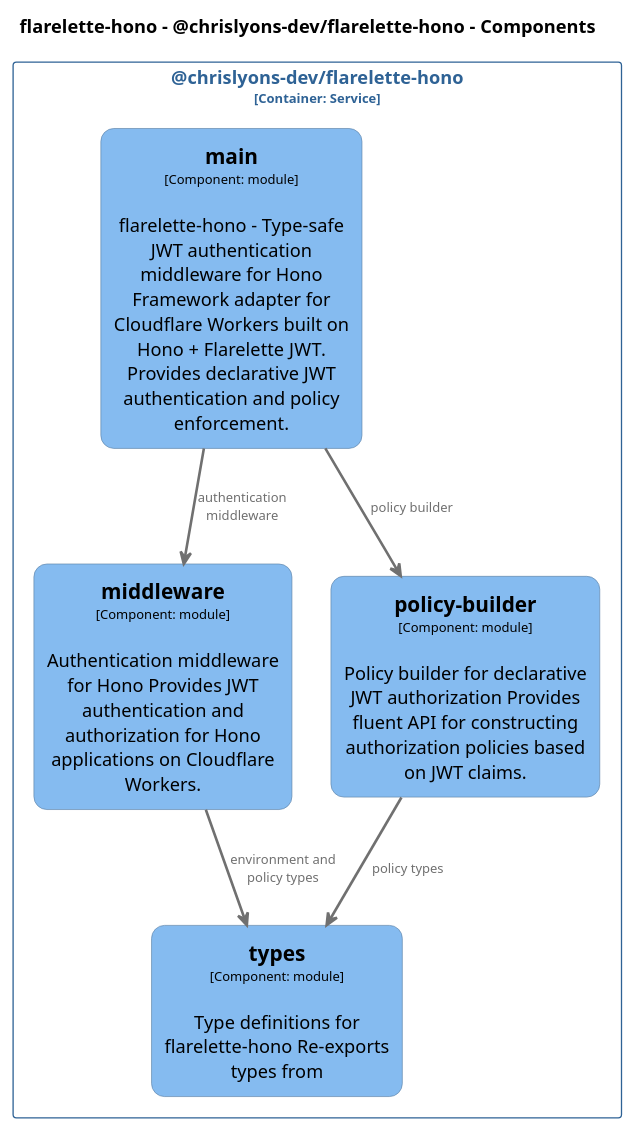
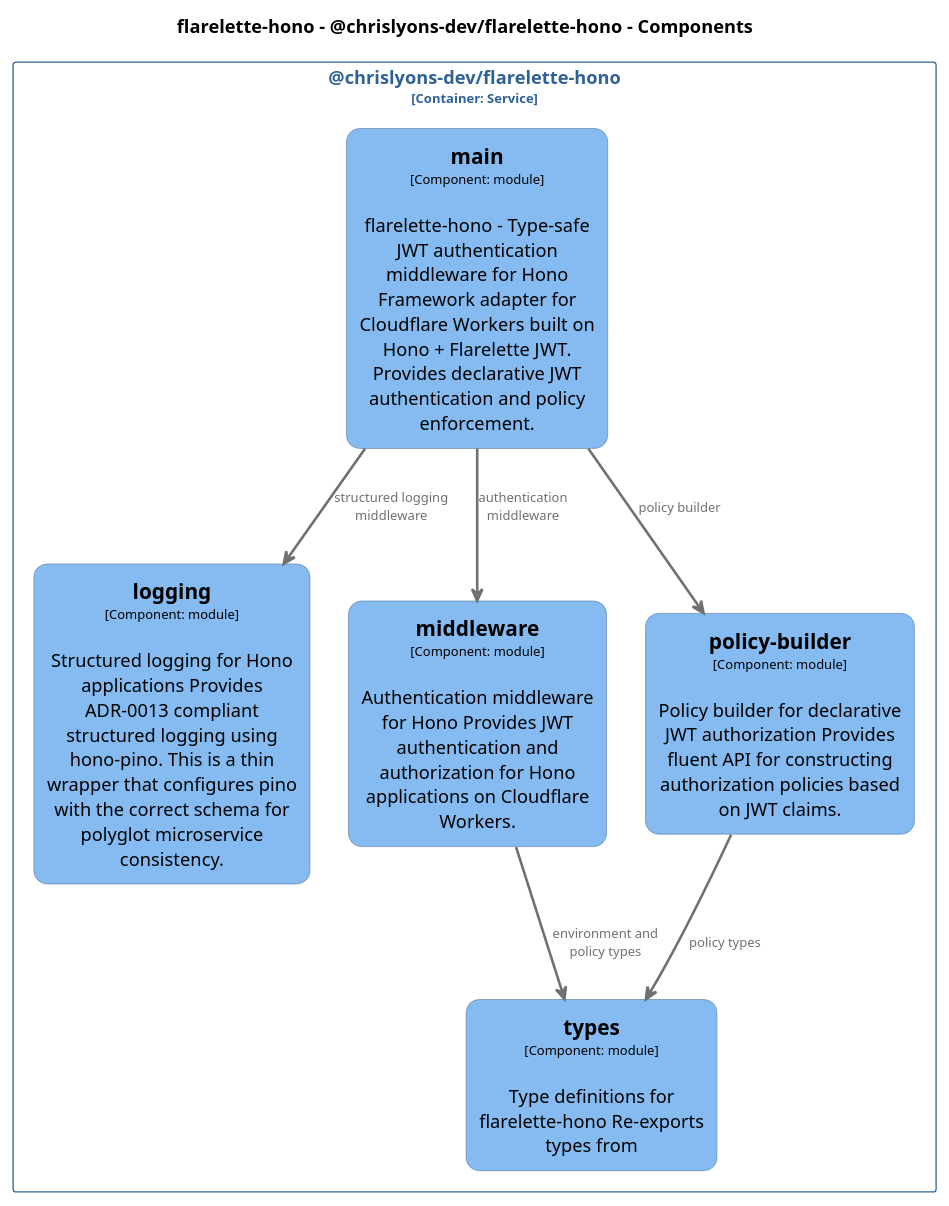
The diagram in docs/architecture/diagrams/plantuml/structurizr-Components__chrislyons_dev_flarelette_hono.puml (chrislyons-dev/flarelette-hono), drawn with PlantUML before and after one commit. The commit also changed 25 other files, not shown here.

Commit message:
feat: add logging module and documentation

```diff
--- a/docs/architecture/diagrams/plantuml/structurizr-Components__chrislyons_dev_flarelette_hono.puml
+++ b/docs/architecture/diagrams/plantuml/structurizr-Components__chrislyons_dev_flarelette_hono.puml
@@ -1,64 +1,73 @@
 @startuml
 set separator none
 title flarelette-hono - @chrislyons-dev/flarelette-hono - Components
 
 top to bottom direction
 skinparam ranksep 60
 skinparam nodesep 30
 
 skinparam {
   arrowFontSize 10
   defaultTextAlignment center
   wrapWidth 200
   maxMessageSize 100
   defaultFontName "Arial"
 }
 
 hide stereotype
 
+skinparam rectangle<<flarelettehono.chrislyonsdevflarelettehono.logging>> {
+  BackgroundColor #85bbf0
+  FontColor #000000
+  BorderColor #5d82a8
+  roundCorner 20
+  shadowing false
+}
 skinparam rectangle<<flarelettehono.chrislyonsdevflarelettehono.main>> {
   BackgroundColor #85bbf0
   FontColor #000000
   BorderColor #5d82a8
   roundCorner 20
   shadowing false
 }
 skinparam rectangle<<flarelettehono.chrislyonsdevflarelettehono.middleware>> {
   BackgroundColor #85bbf0
   FontColor #000000
   BorderColor #5d82a8
   roundCorner 20
   shadowing false
 }
 skinparam rectangle<<flarelettehono.chrislyonsdevflarelettehono.policybuilder>> {
   BackgroundColor #85bbf0
   FontColor #000000
   BorderColor #5d82a8
   roundCorner 20
   shadowing false
 }
 skinparam rectangle<<flarelettehono.chrislyonsdevflarelettehono.types>> {
   BackgroundColor #85bbf0
   FontColor #000000
   BorderColor #5d82a8
   roundCorner 20
   shadowing false
 }
 skinparam rectangle<<flarelettehono.chrislyonsdevflarelettehono>> {
   BorderColor #2e6295
   FontColor #2e6295
   shadowing false
 }
 
 rectangle "@chrislyons-dev/flarelette-hono\n<size:10>[Container: Service]</size>" <<flarelettehono.chrislyonsdevflarelettehono>> {
   rectangle "==main\n<size:10>[Component: module]</size>\n\nflarelette-hono - Type-safe JWT authentication middleware for Hono Framework adapter for Cloudflare Workers built on Hono + Flarelette JWT. Provides declarative JWT authentication and policy enforcement." <<flarelettehono.chrislyonsdevflarelettehono.main>> as flarelettehono.chrislyonsdevflarelettehono.main
+  rectangle "==logging\n<size:10>[Component: module]</size>\n\nStructured logging for Hono applications Provides ADR-0013 compliant structured logging using hono-pino. This is a thin wrapper that configures pino with the correct schema for polyglot microservice consistency." <<flarelettehono.chrislyonsdevflarelettehono.logging>> as flarelettehono.chrislyonsdevflarelettehono.logging
   rectangle "==middleware\n<size:10>[Component: module]</size>\n\nAuthentication middleware for Hono Provides JWT authentication and authorization for Hono applications on Cloudflare Workers." <<flarelettehono.chrislyonsdevflarelettehono.middleware>> as flarelettehono.chrislyonsdevflarelettehono.middleware
   rectangle "==policy-builder\n<size:10>[Component: module]</size>\n\nPolicy builder for declarative JWT authorization Provides fluent API for constructing authorization policies based on JWT claims." <<flarelettehono.chrislyonsdevflarelettehono.policybuilder>> as flarelettehono.chrislyonsdevflarelettehono.policybuilder
   rectangle "==types\n<size:10>[Component: module]</size>\n\nType definitions for flarelette-hono Re-exports types from" <<flarelettehono.chrislyonsdevflarelettehono.types>> as flarelettehono.chrislyonsdevflarelettehono.types
 }
 
 flarelettehono.chrislyonsdevflarelettehono.main -[#707070,thickness=2]-> flarelettehono.chrislyonsdevflarelettehono.middleware : "<color:#707070>authentication middleware"
 flarelettehono.chrislyonsdevflarelettehono.main -[#707070,thickness=2]-> flarelettehono.chrislyonsdevflarelettehono.policybuilder : "<color:#707070>policy builder"
+flarelettehono.chrislyonsdevflarelettehono.main -[#707070,thickness=2]-> flarelettehono.chrislyonsdevflarelettehono.logging : "<color:#707070>structured logging middleware"
 flarelettehono.chrislyonsdevflarelettehono.middleware -[#707070,thickness=2]-> flarelettehono.chrislyonsdevflarelettehono.types : "<color:#707070>environment and policy types"
 flarelettehono.chrislyonsdevflarelettehono.policybuilder -[#707070,thickness=2]-> flarelettehono.chrislyonsdevflarelettehono.types : "<color:#707070>policy types"
 @enduml
```
